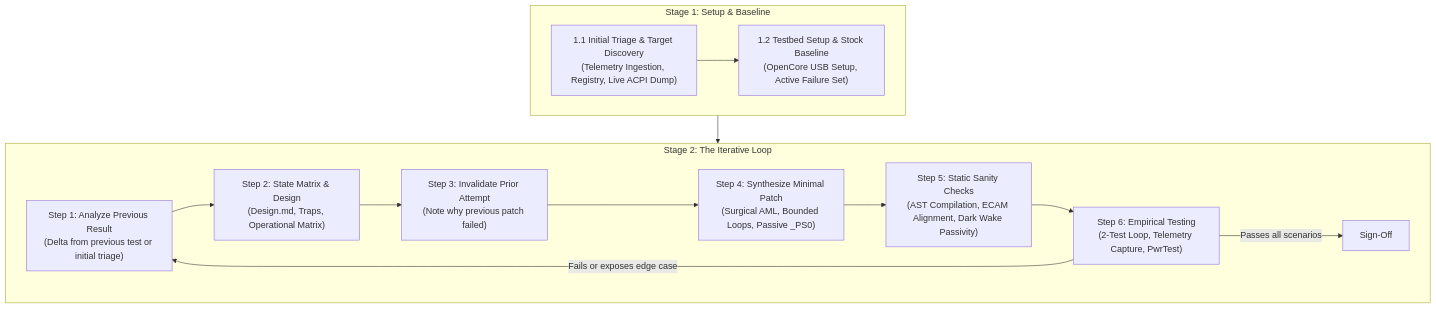
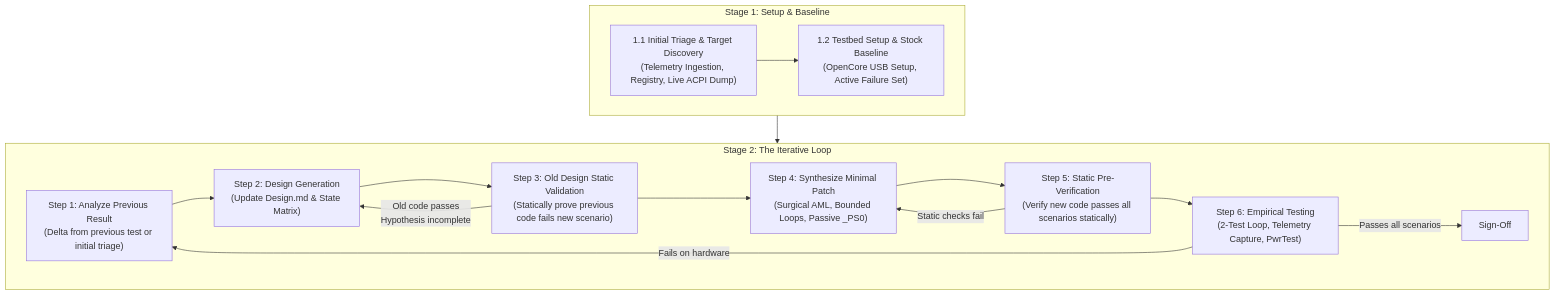
One commit to datacompboy/xmg_deep_sleep changed the first of 2 diagrams in DeepSleepInvestigateSkill/modern-standby-orchestrator/SKILL.md. Above: the diagram before and after it, drawn with Mermaid. The commit also changed other lines of this file and 4 other files, not shown here.

Commit message:
Add auto-re-validate previous static testing after design update.

````diff
--- a/DeepSleepInvestigateSkill/modern-standby-orchestrator/SKILL.md
+++ b/DeepSleepInvestigateSkill/modern-standby-orchestrator/SKILL.md
@@ -16,20 +16,22 @@
 ```mermaid
 flowchart TD
     subgraph Stage1["Stage 1: Setup & Baseline"]
         S1A["1.1 Initial Triage & Target Discovery<br/>(Telemetry Ingestion, Registry, Live ACPI Dump)"]
         --> S1B["1.2 Testbed Setup & Stock Baseline<br/>(OpenCore USB Setup, Active Failure Set)"]
     end
 
     subgraph Stage2["Stage 2: The Iterative Loop"]
         L1["Step 1: Analyze Previous Result<br/>(Delta from previous test or initial triage)"]
-        --> L2["Step 2: State Matrix & Design<br/>(Design.md, Traps, Operational Matrix)"]
-        --> L3["Step 3: Invalidate Prior Attempt<br/>(Note why previous patch failed)"]
+        --> L2["Step 2: Design Generation<br/>(Update Design.md & State Matrix)"]
+        --> L3["Step 3: Old Design Static Validation<br/>(Statically prove previous code fails new scenario)"]
         --> L4["Step 4: Synthesize Minimal Patch<br/>(Surgical AML, Bounded Loops, Passive _PS0)"]
-        --> L5["Step 5: Static Sanity Checks<br/>(AST Compilation, ECAM Alignment, Dark Wake Passivity)"]
+        --> L5["Step 5: Static Pre-Verification<br/>(Verify new code passes all scenarios statically)"]
         --> L6["Step 6: Empirical Testing<br/>(2-Test Loop, Telemetry Capture, PwrTest)"]
-        L6 -->|Fails or exposes edge case| L1
+        L3 -->|Old code passes<br/>Hypothesis incomplete| L2
+        L5 -->|Static checks fail| L4
+        L6 -->|Fails on hardware| L1
         L6 -->|Passes all scenarios| Done["Sign-Off"]
     end
 
     Stage1 --> Stage2
 ```
````
